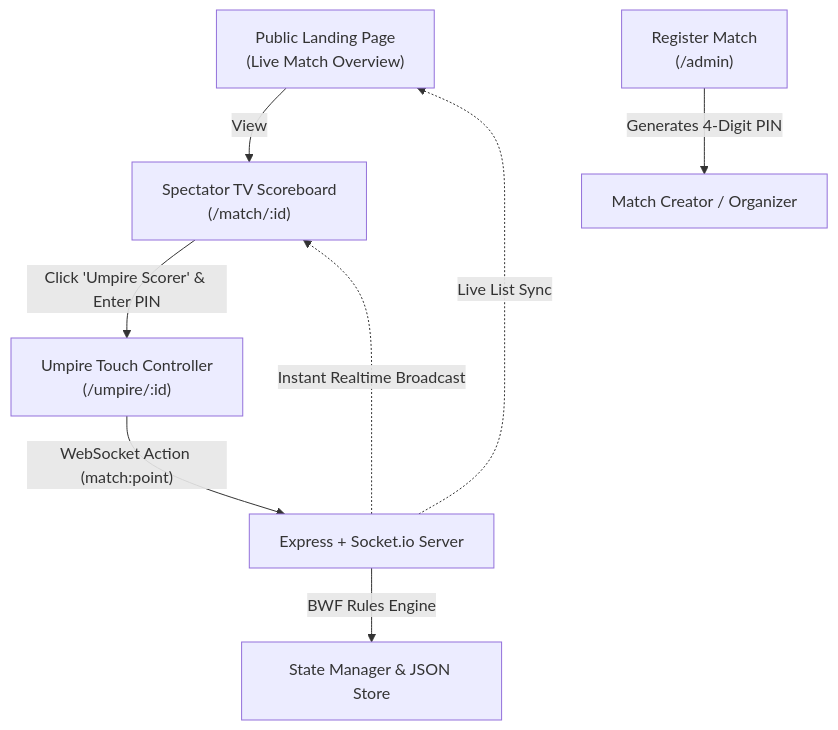
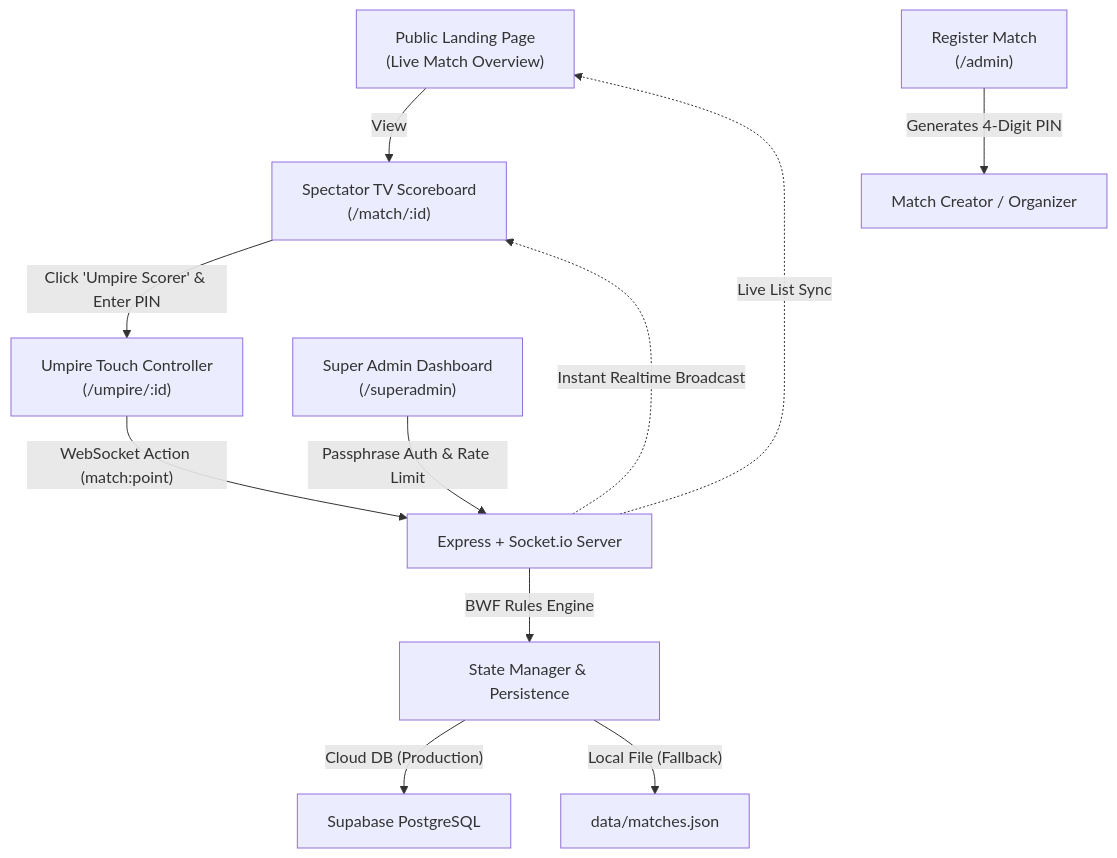
Before and after one commit to keemzin/akuumpire: the diagram in README.md, drawn with Mermaid. The commit also changed other lines of this file, not shown here.

Commit message:
docs: document Supabase persistence, Super Admin security, and Render deployment

````diff
--- a/README.md
+++ b/README.md
@@ -22,10 +25,13 @@
 ```mermaid
 graph TD
     A["Public Landing Page<br/>(Live Match Overview)"] -->|View| B["Spectator TV Scoreboard<br/>(/match/:id)"]
     C["Register Match<br/>(/admin)"] -->|Generates 4-Digit PIN| D["Match Creator / Organizer"]
     B -->|Click 'Umpire Scorer' & Enter PIN| E["Umpire Touch Controller<br/>(/umpire/:id)"]
     E -->|"WebSocket Action (match:point)"| F["Express + Socket.io Server"]
-    F -->|BWF Rules Engine| G["State Manager & JSON Store"]
+    F -->|BWF Rules Engine| G["State Manager & Persistence"]
+    G -->|"Cloud DB (Production)"| H["Supabase PostgreSQL"]
+    G -->|"Local File (Fallback)"| I["data/matches.json"]
+    J["Super Admin Dashboard<br/>(/superadmin)"] -->|Passphrase Auth & Rate Limit| F
     F -.->|"Instant Realtime Broadcast"| B
     F -.->|"Live List Sync"| A
 ```
````
